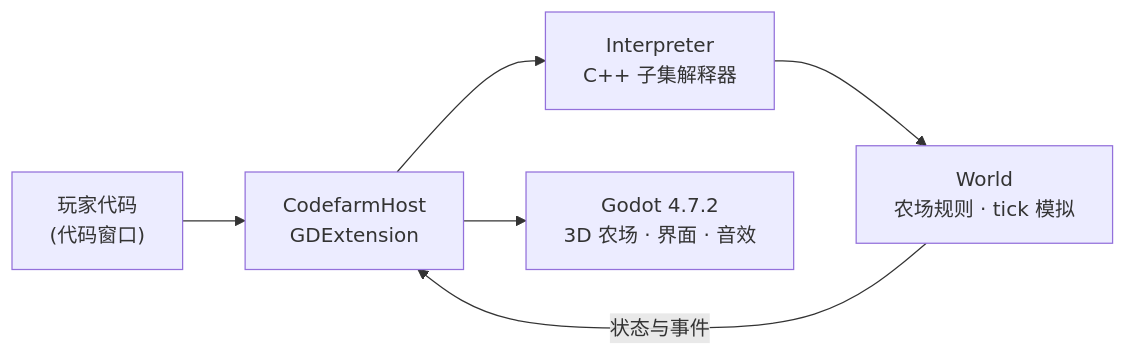
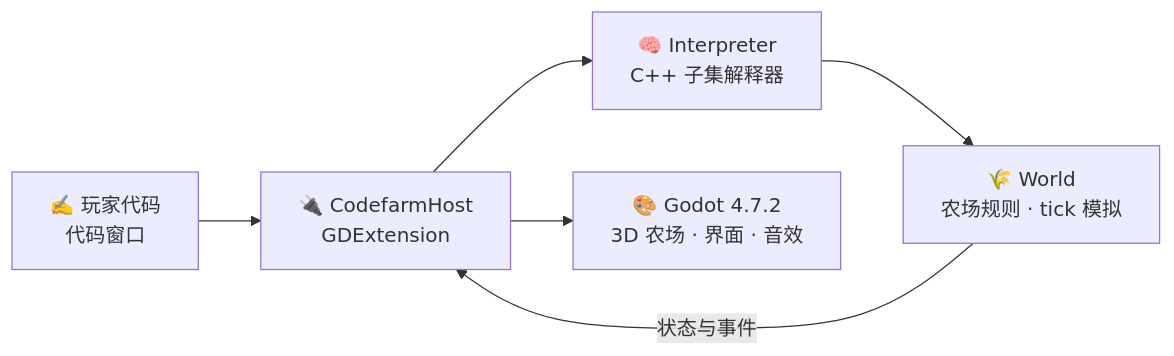
The diagram in README.md (chang814/codefarm), drawn with Mermaid before and after one commit. The commit also changed other lines of this file and 4 other files, not shown here.

````diff
--- a/README.md
+++ b/README.md
@@ -190,8 +244,8 @@
 ```mermaid
 flowchart LR
-    A["玩家代码<br/>(代码窗口)"] --> B["CodefarmHost<br/>GDExtension"]
-    B --> C["Interpreter<br/>C++ 子集解释器"]
-    C --> D["World<br/>农场规则 · tick 模拟"]
+    A["✍️ 玩家代码<br/>代码窗口"] --> B["🔌 CodefarmHost<br/>GDExtension"]
+    B --> C["🧠 Interpreter<br/>C++ 子集解释器"]
+    C --> D["🌾 World<br/>农场规则 · tick 模拟"]
     D -- 状态与事件 --> B
-    B --> E["Godot 4.7.2<br/>3D 农场 · 界面 · 音效"]
+    B --> E["🎨 Godot 4.7.2<br/>3D 农场 · 界面 · 音效"]
 ```
````
